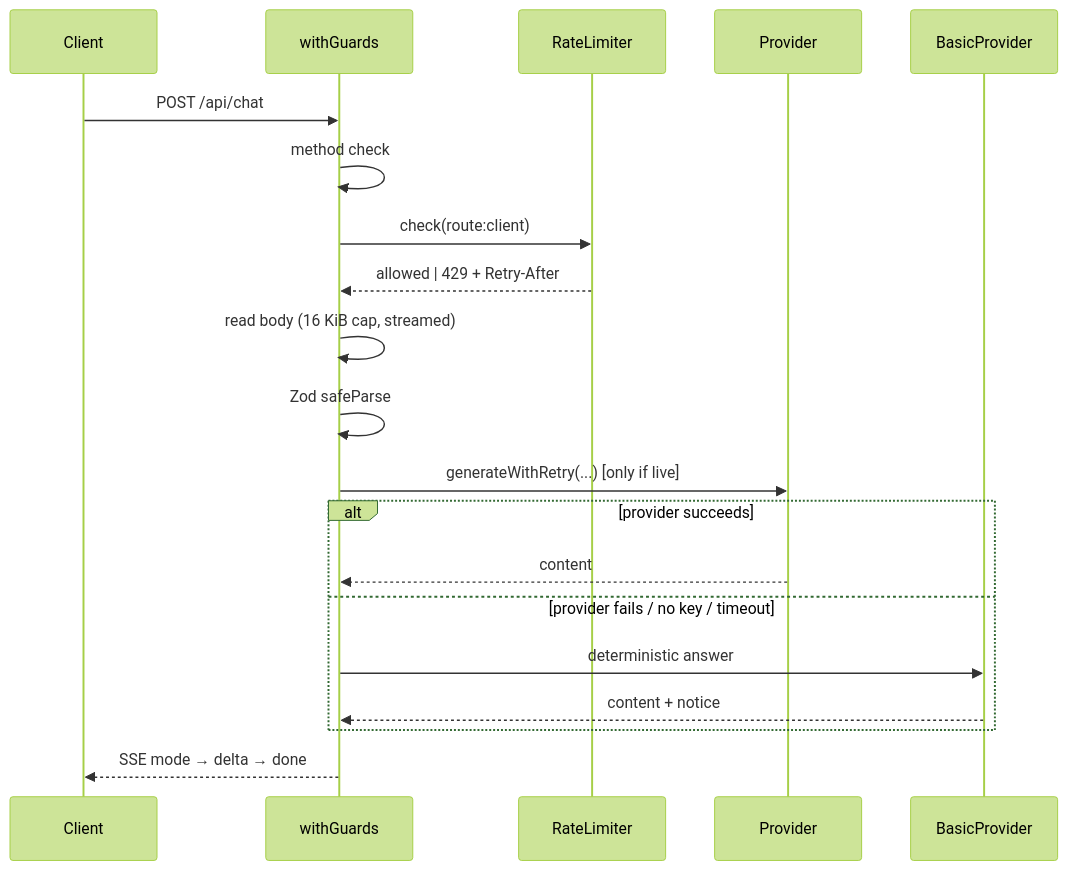
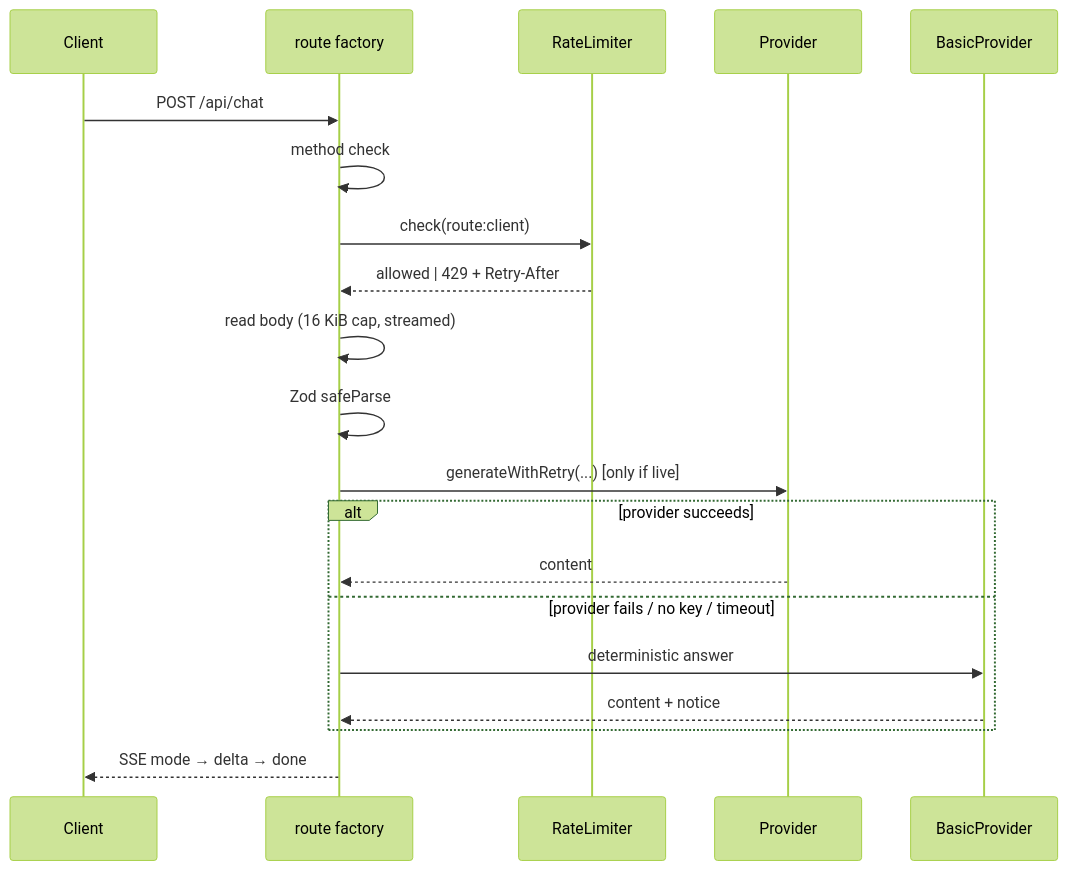
Before and after one commit to ogMaverick12/gatherly: the third of 3 diagrams in docs/ARCHITECTURE.md, drawn with Mermaid (forest theme). The commit also changed 13 other files, not shown here.

First line of the commit message:
api: run every route through one guarded factory

````diff
--- a/docs/ARCHITECTURE.md
+++ b/docs/ARCHITECTURE.md
@@ -164,23 +164,23 @@
 ```mermaid
 sequenceDiagram
   participant C as Client
-  participant G as withGuards
+  participant G as route factory
   participant L as RateLimiter
   participant P as Provider
   participant B as BasicProvider
 
   C->>G: POST /api/chat
   G->>G: method check
   G->>L: check(route:client)
   L-->>G: allowed | 429 + Retry-After
   G->>G: read body (16 KiB cap, streamed)
   G->>G: Zod safeParse
   G->>P: generateWithRetry(...)  [only if live]
   alt provider succeeds
     P-->>G: content
   else provider fails / no key / timeout
     G->>B: deterministic answer
     B-->>G: content + notice
   end
   G-->>C: SSE mode → delta → done
 ```
````
